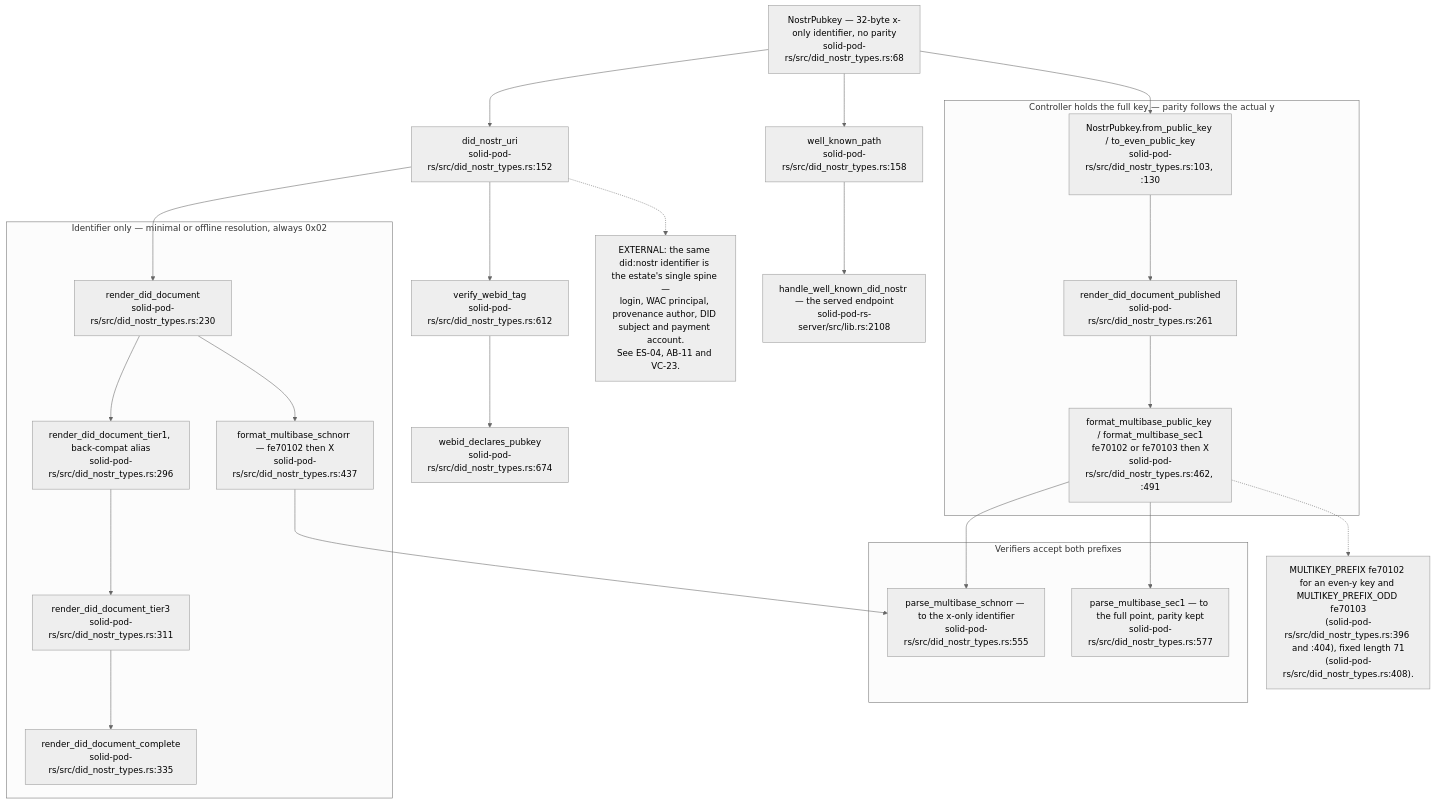
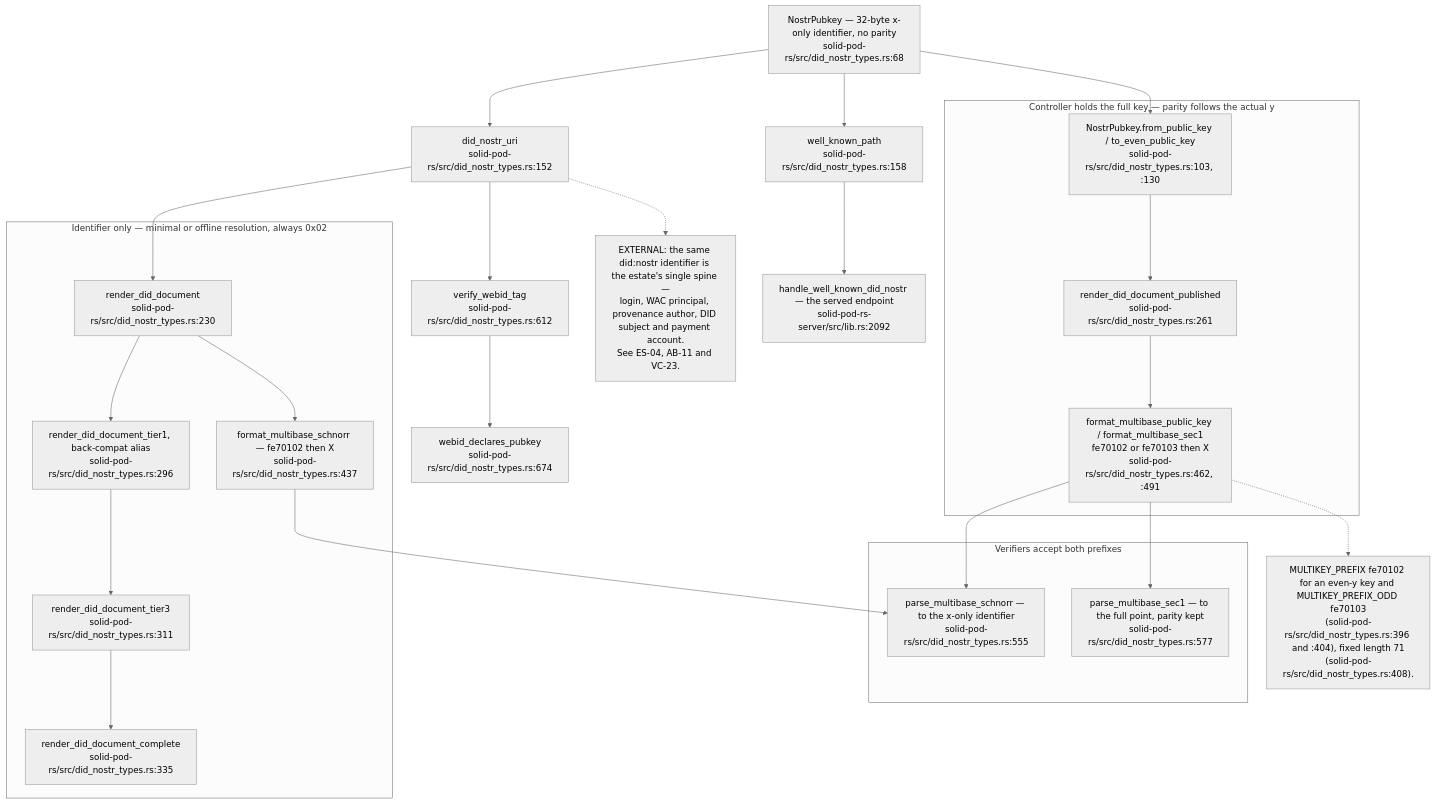
One commit to DreamLab-AI/VisionFlow changed the ninth of 17 diagrams in docs/diagrams/solid-pod-rs/05-identity-nip98-did-oidc.md. Above: the diagram before and after it, drawn with Mermaid (neutral theme). The commit also changed other lines of this file and 31 other files, not shown here.

````diff
--- a/docs/diagrams/solid-pod-rs/05-identity-nip98-did-oidc.md
+++ b/docs/diagrams/solid-pod-rs/05-identity-nip98-did-oidc.md
@@ -274,42 +274,42 @@
 ```mermaid
 flowchart TD
     PK["NostrPubkey — 32-byte x-only identifier, no parity<br/>solid-pod-rs/src/did_nostr_types.rs:68"]
     URI["did_nostr_uri<br/>solid-pod-rs/src/did_nostr_types.rs:152"]
     WKP["well_known_path<br/>solid-pod-rs/src/did_nostr_types.rs:158"]
-    RT["handle_well_known_did_nostr — the served endpoint<br/>solid-pod-rs-server/src/lib.rs:2108"]
+    RT["handle_well_known_did_nostr — the served endpoint<br/>solid-pod-rs-server/src/lib.rs:2092"]
     VT["verify_webid_tag<br/>solid-pod-rs/src/did_nostr_types.rs:612"]
     WD["webid_declares_pubkey<br/>solid-pod-rs/src/did_nostr_types.rs:674"]
 
     subgraph IDONLY["Identifier only — minimal or offline resolution, always 0x02"]
         RD["render_did_document<br/>solid-pod-rs/src/did_nostr_types.rs:230"]
         T1["render_did_document_tier1, back-compat alias<br/>solid-pod-rs/src/did_nostr_types.rs:296"]
         T3["render_did_document_tier3<br/>solid-pod-rs/src/did_nostr_types.rs:311"]
         TC["render_did_document_complete<br/>solid-pod-rs/src/did_nostr_types.rs:335"]
         MB["format_multibase_schnorr — fe70102 then X<br/>solid-pod-rs/src/did_nostr_types.rs:437"]
     end
 
     subgraph FULL["Controller holds the full key — parity follows the actual y"]
         FPK["NostrPubkey.from_public_key / to_even_public_key<br/>solid-pod-rs/src/did_nostr_types.rs:103, :130"]
         RDP["render_did_document_published<br/>solid-pod-rs/src/did_nostr_types.rs:261"]
         MBF["format_multibase_public_key / format_multibase_sec1<br/>fe70102 or fe70103 then X<br/>solid-pod-rs/src/did_nostr_types.rs:462, :491"]
     end
 
     subgraph DECODE["Verifiers accept both prefixes"]
         PS["parse_multibase_schnorr — to the x-only identifier<br/>solid-pod-rs/src/did_nostr_types.rs:555"]
         PSEC["parse_multibase_sec1 — to the full point, parity kept<br/>solid-pod-rs/src/did_nostr_types.rs:577"]
     end
 
     PK --> URI --> RD --> T1 --> T3 --> TC
     RD --> MB
     PK --> WKP --> RT
     URI --> VT --> WD
     PK --> FPK --> RDP --> MBF
     MB --> PS
     MBF --> PS
     MBF --> PSEC
 
     N["MULTIKEY_PREFIX fe70102 for an even-y key and MULTIKEY_PREFIX_ODD fe70103<br/>(solid-pod-rs/src/did_nostr_types.rs:396 and :404), fixed length 71<br/>(solid-pod-rs/src/did_nostr_types.rs:408)."]
     MBF -.-> N
     N2["EXTERNAL: the same did:nostr identifier is the estate's single spine —<br/>login, WAC principal, provenance author, DID subject and payment account.<br/>See ES-04, AB-11 and VC-23."]
     URI -.-> N2
 ```
````
